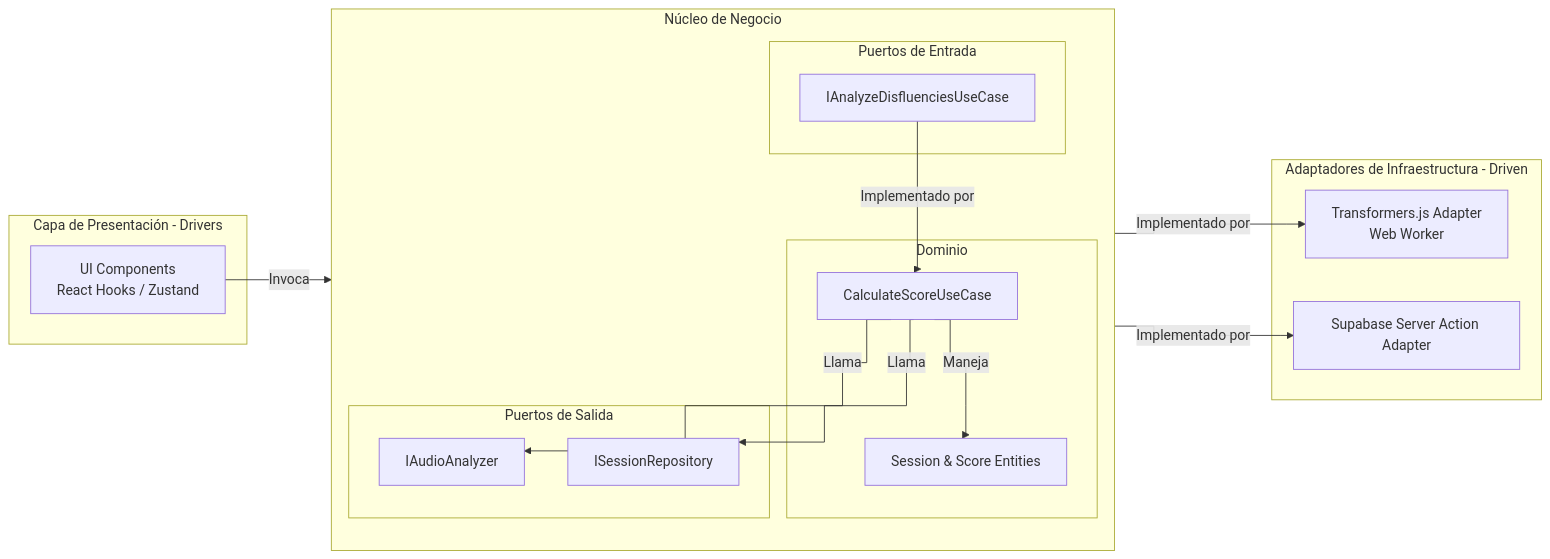
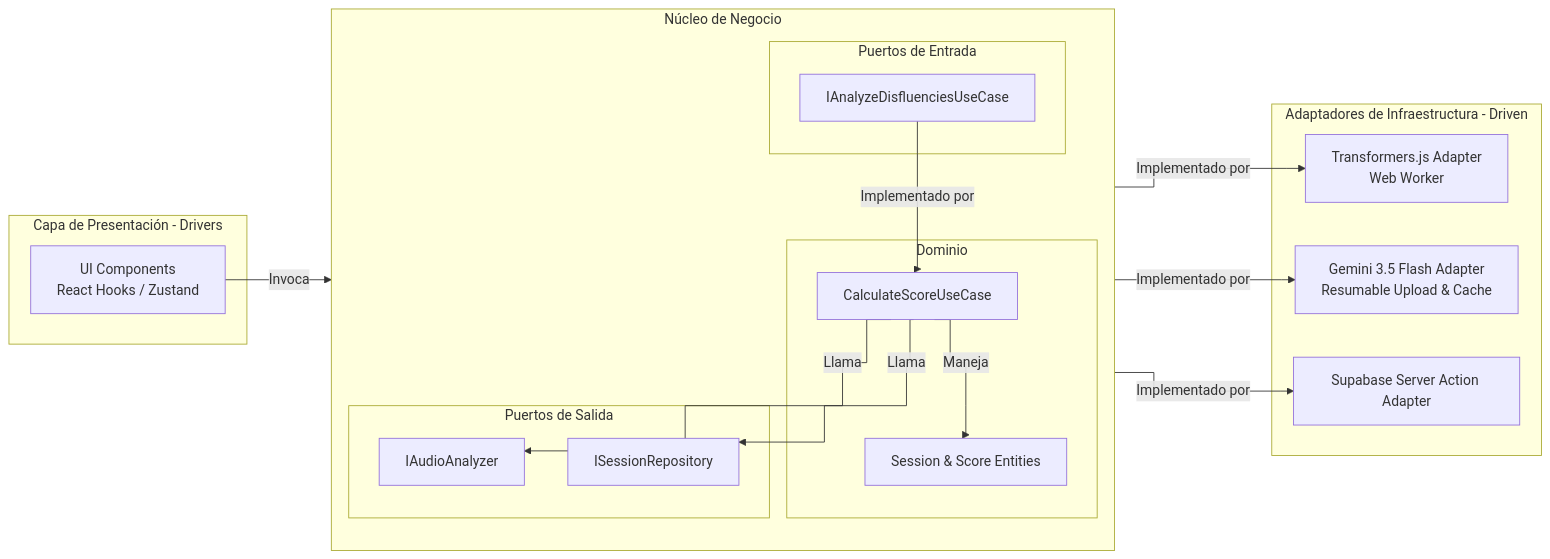
The diagram in apps/docs/docs/arquitectura/componentes.md (VGMil-dev/cicero), drawn with Mermaid before and after one commit. The commit also changed other lines of this file and 4 other files, not shown here.

Commit message:
docs(arquitectura): update docusaurus architecture decisions and sequence diagrams

````diff
--- a/apps/docs/docs/arquitectura/componentes.md
+++ b/apps/docs/docs/arquitectura/componentes.md
@@ -9,39 +9,41 @@
 ```mermaid
 %%{init: {'flowchart': {'curve': 'step'}}}%%
 flowchart LR
     subgraph Presentation [Capa de Presentación - Drivers]
         UIComponents[UI Components<br/>React Hooks / Zustand]
     end
 
     subgraph Core [Núcleo de Negocio]
         direction TB
         subgraph Ports_In [Puertos de Entrada]
             RecordPort_In[IAnalyzeDisfluenciesUseCase]
         end
         subgraph Domain [Dominio]
             UseCase[CalculateScoreUseCase]
             Entities[Session & Score Entities]
         end
         subgraph Ports_Out [Puertos de Salida]
             Audio_Port[IAudioAnalyzer]
             Repo_Port[ISessionRepository]
         end
     end
 
     subgraph Infrastructure [Adaptadores de Infraestructura - Driven]
         TransformersAdapter[Transformers.js Adapter<br/>Web Worker]
+        GeminiAdapter[Gemini 3.5 Flash Adapter<br/>Resumable Upload & Cache]
         SupabaseAdapter[Supabase Server Action Adapter]
     end
 
     %% Relaciones UI -> Core
     UIComponents -->|Invoca| RecordPort_In
     RecordPort_In -->|Implementado por| UseCase
     UseCase -->|Maneja| Entities
 
     %% Relaciones Core -> Infraestructura
     UseCase -->|Llama| Audio_Port
     UseCase -->|Llama| Repo_Port
 
     Audio_Port -->|Implementado por| TransformersAdapter
+    Audio_Port -->|Implementado por| GeminiAdapter
     Repo_Port -->|Implementado por| SupabaseAdapter
 ```
````
